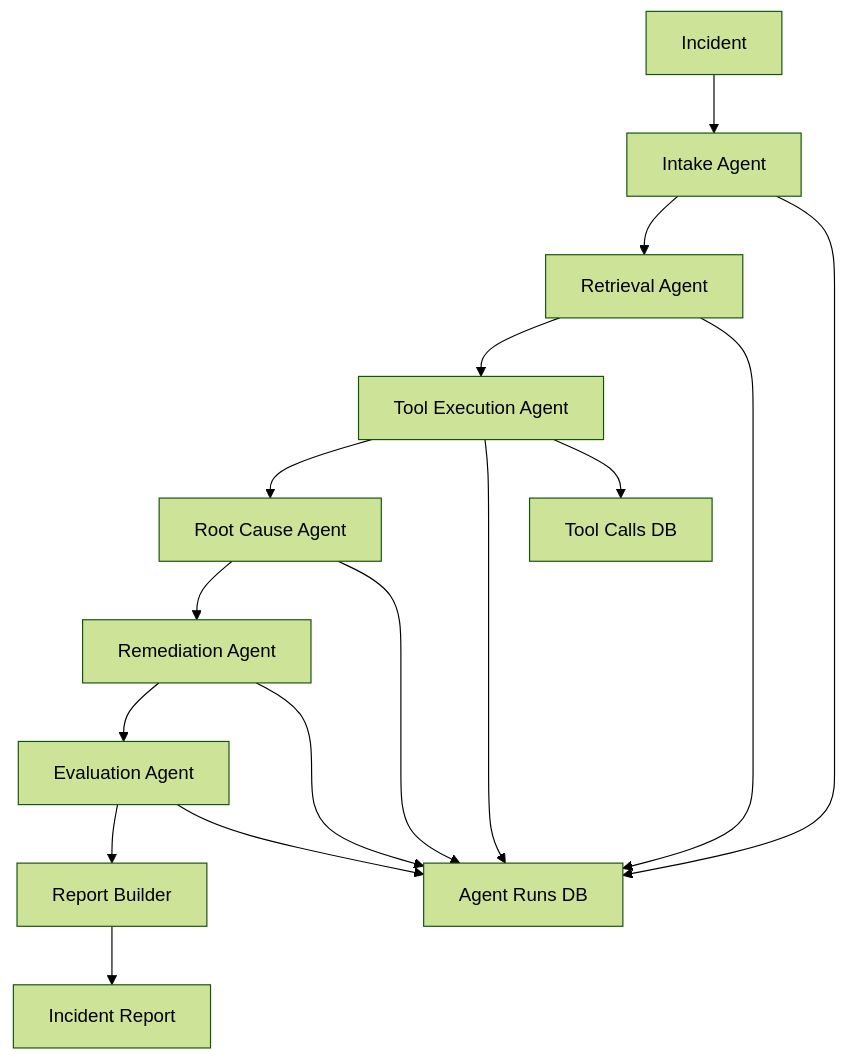
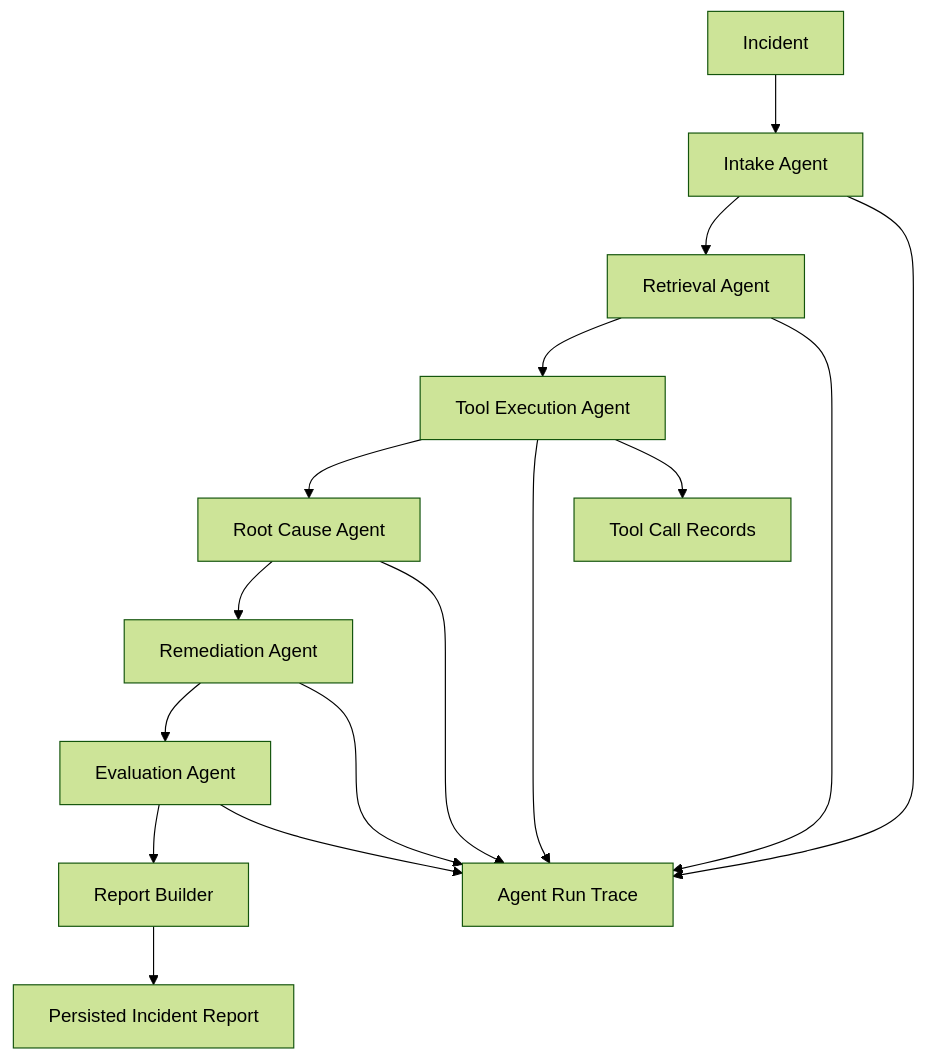
One commit to InsaneCoder789/IncidentLens changed the third of 3 diagrams in README.md. Above: the diagram before and after it, drawn with Mermaid (forest theme). The commit also changed other lines of this file and 1 other file, not shown here.

````diff
--- a/README.md
+++ b/README.md
@@ -92,18 +117,18 @@
 ```mermaid
 flowchart TD
-    A[Incident] --> B[Intake Agent]
-    B --> C[Retrieval Agent]
-    C --> D[Tool Execution Agent]
-    D --> E[Root Cause Agent]
-    E --> F[Remediation Agent]
-    F --> G[Evaluation Agent]
-    G --> H[Report Builder]
-    H --> I[Incident Report]
-    B --> J[Agent Runs DB]
-    C --> J
-    D --> J
-    E --> J
-    F --> J
-    G --> J
-    D --> K[Tool Calls DB]
+  A["Incident"] --> B["Intake Agent"]
+  B --> C["Retrieval Agent"]
+  C --> D["Tool Execution Agent"]
+  D --> E["Root Cause Agent"]
+  E --> F["Remediation Agent"]
+  F --> G["Evaluation Agent"]
+  G --> H["Report Builder"]
+  H --> I["Persisted Incident Report"]
+  B --> J["Agent Run Trace"]
+  C --> J
+  D --> J
+  E --> J
+  F --> J
+  G --> J
+  D --> K["Tool Call Records"]
 ```
````
